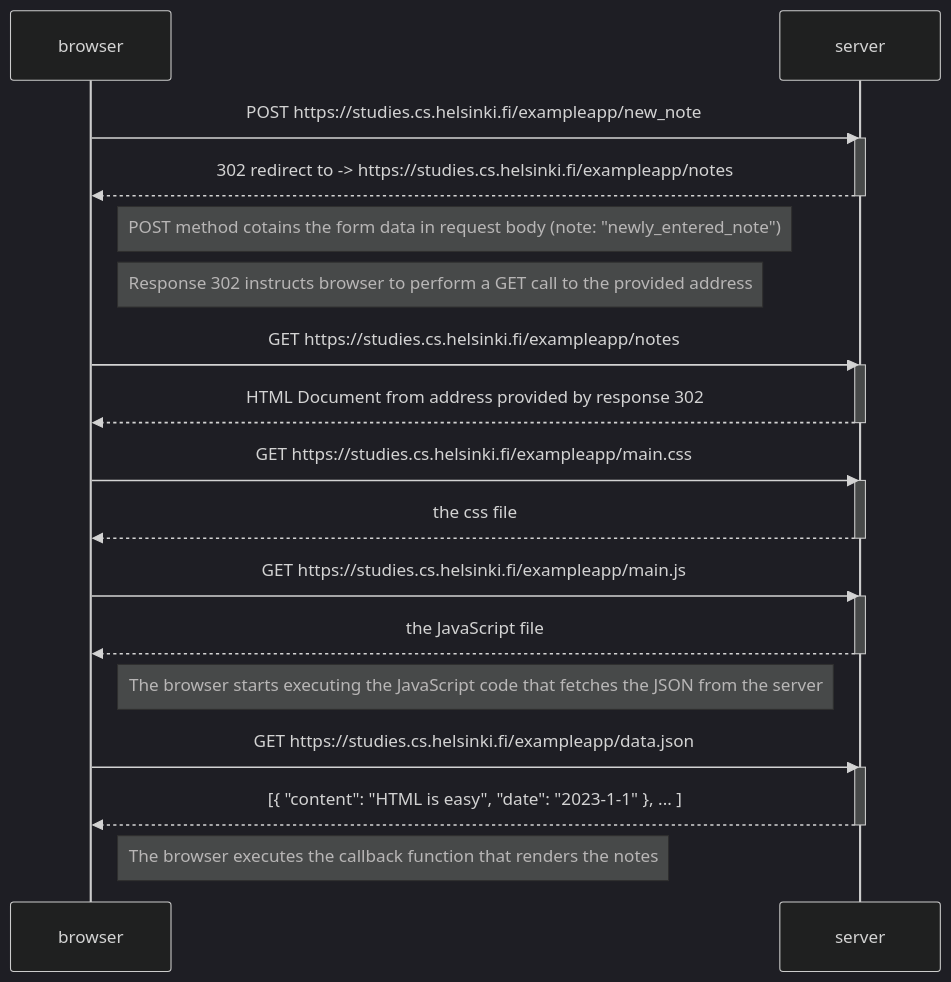
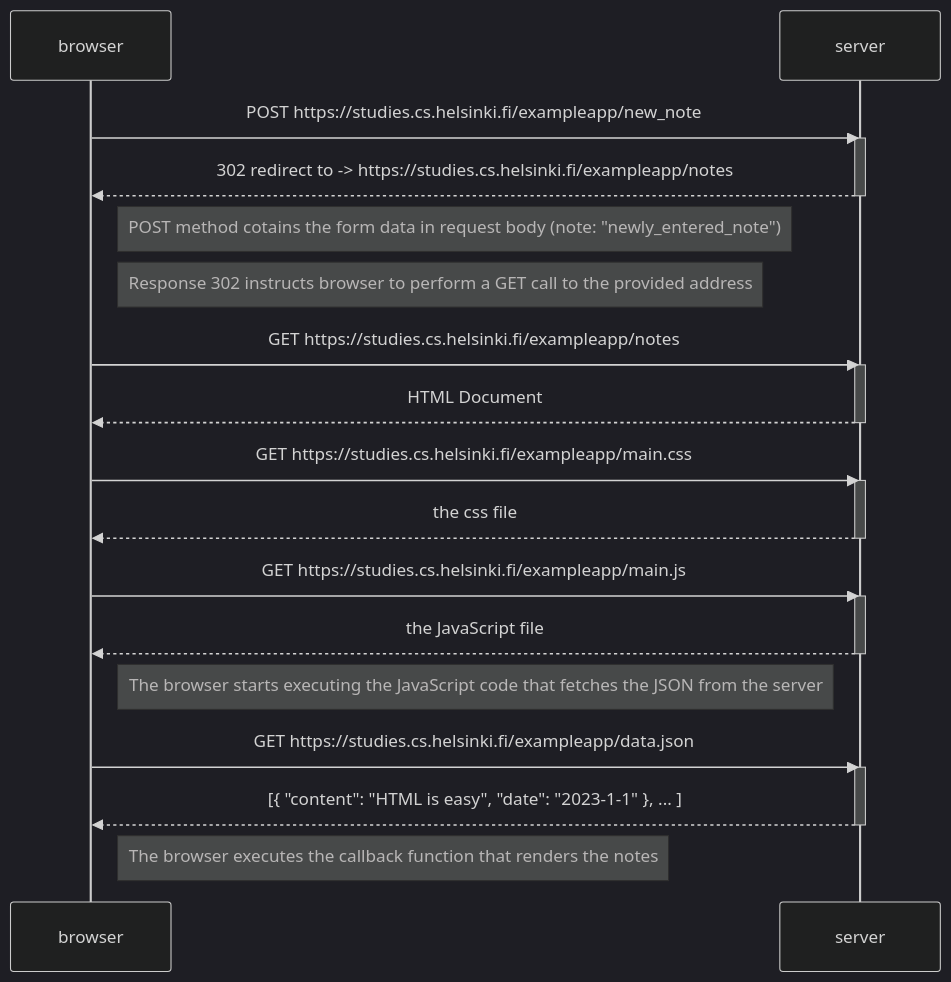
The diagram in part0/new_notes_diagram.md (po8po9/fullstackopen_mazzarella), drawn with Mermaid (dark theme) before and after one commit.

````diff
--- a/part0/new_notes_diagram.md
+++ b/part0/new_notes_diagram.md
@@ -1,37 +1,37 @@
 ```mermaid
 sequenceDiagram
     participant browser
     participant server
 
     browser->>server: POST https://studies.cs.helsinki.fi/exampleapp/new_note
     activate server
     server-->>browser: 302 redirect to -> https://studies.cs.helsinki.fi/exampleapp/notes
     deactivate server
 
     Note right of browser: POST method cotains the form data in request body (note: "newly_entered_note")
     Note right of browser: Response 302 instructs browser to perform a GET call to the provided address
 
     browser->>server: GET https://studies.cs.helsinki.fi/exampleapp/notes
     activate server
-    server-->>browser: HTML Document from address provided by response 302
+    server-->>browser: HTML Document
     deactivate server
 
     browser->>server: GET https://studies.cs.helsinki.fi/exampleapp/main.css
     activate server
     server-->>browser: the css file
     deactivate server
 
     browser->>server: GET https://studies.cs.helsinki.fi/exampleapp/main.js
     activate server
     server-->>browser: the JavaScript file
     deactivate server
 
     Note right of browser: The browser starts executing the JavaScript code that fetches the JSON from the server
 
     browser->>server: GET https://studies.cs.helsinki.fi/exampleapp/data.json
     activate server
     server-->>browser: [{ "content": "HTML is easy", "date": "2023-1-1" }, ... ]
     deactivate server
 
     Note right of browser: The browser executes the callback function that renders the notes
 ```
````
